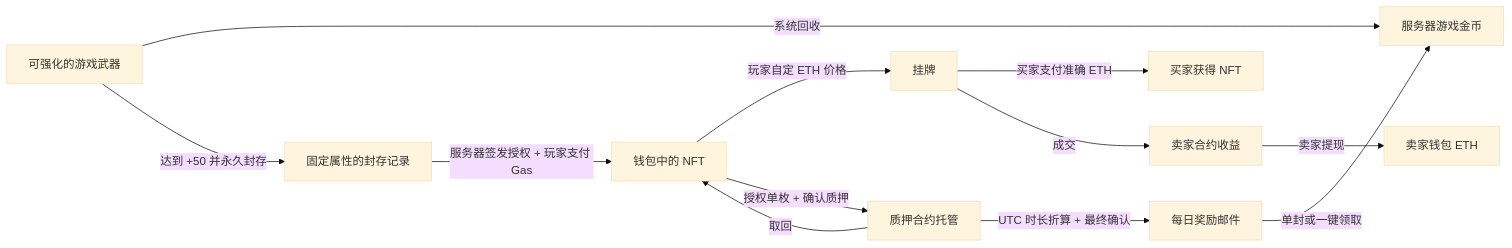
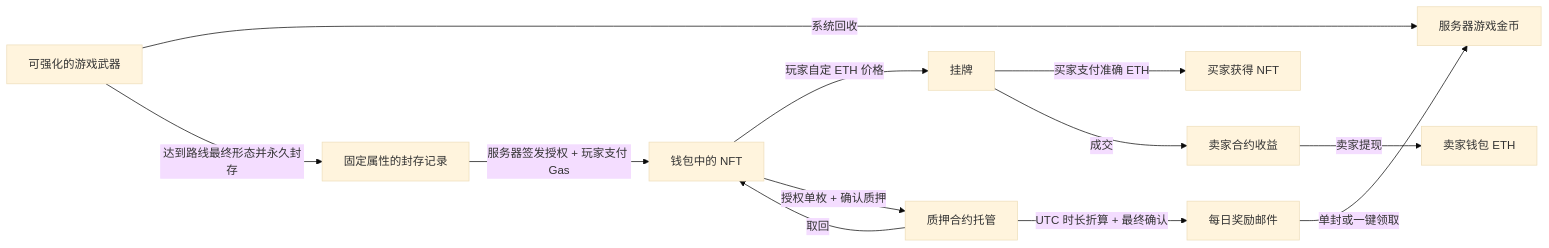
The diagram in README.md (ssy1245/DApp-ForgeOfFate), drawn with Mermaid (base theme) before and after one commit. The commit also changed other lines of this file and 58 other files, not shown here.

````diff
--- a/README.md
+++ b/README.md
@@ -228,14 +233,14 @@
 ```mermaid
 flowchart LR
     A[可强化的游戏武器] -->|系统回收| B[服务器游戏金币]
-    A -->|达到 +50 并永久封存| C[固定属性的封存记录]
+    A -->|达到路线最终形态并永久封存| C[固定属性的封存记录]
     C -->|服务器签发授权 + 玩家支付 Gas| D[钱包中的 NFT]
     D -->|玩家自定 ETH 价格| E[挂牌]
     E -->|买家支付准确 ETH| F[买家获得 NFT]
     E -->|成交| G[卖家合约收益]
     G -->|卖家提现| H[卖家钱包 ETH]
     D -->|授权单枚 + 确认质押| I[质押合约托管]
     I -->|UTC 时长折算 + 最终确认| J[每日奖励邮件]
     J -->|单封或一键领取| B
     I -->|取回| D
 ```
````
